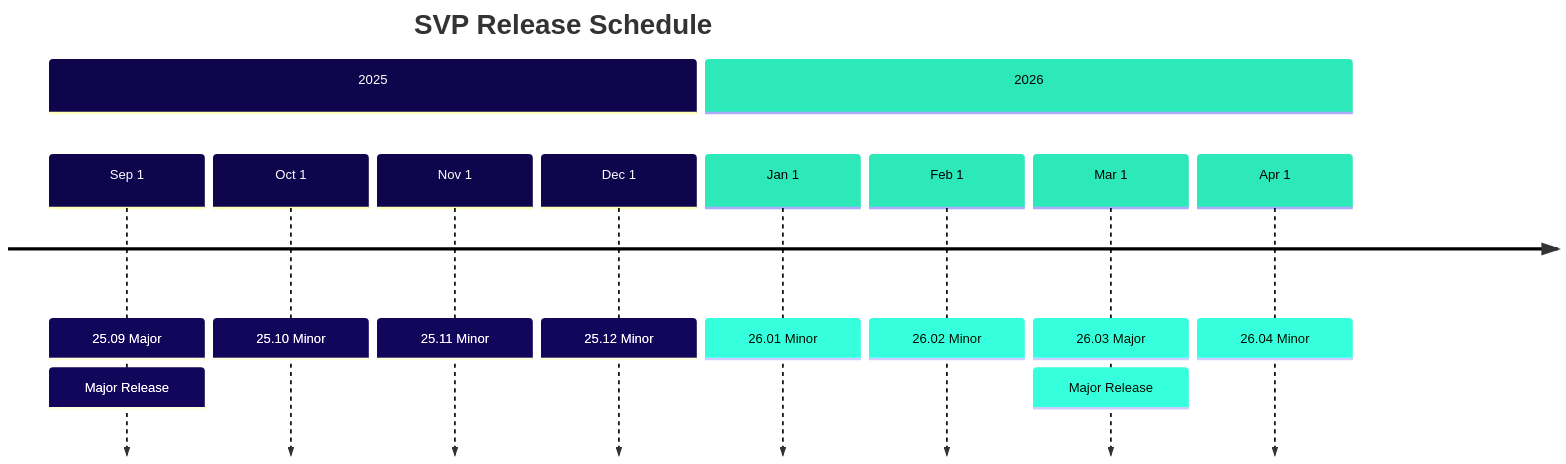
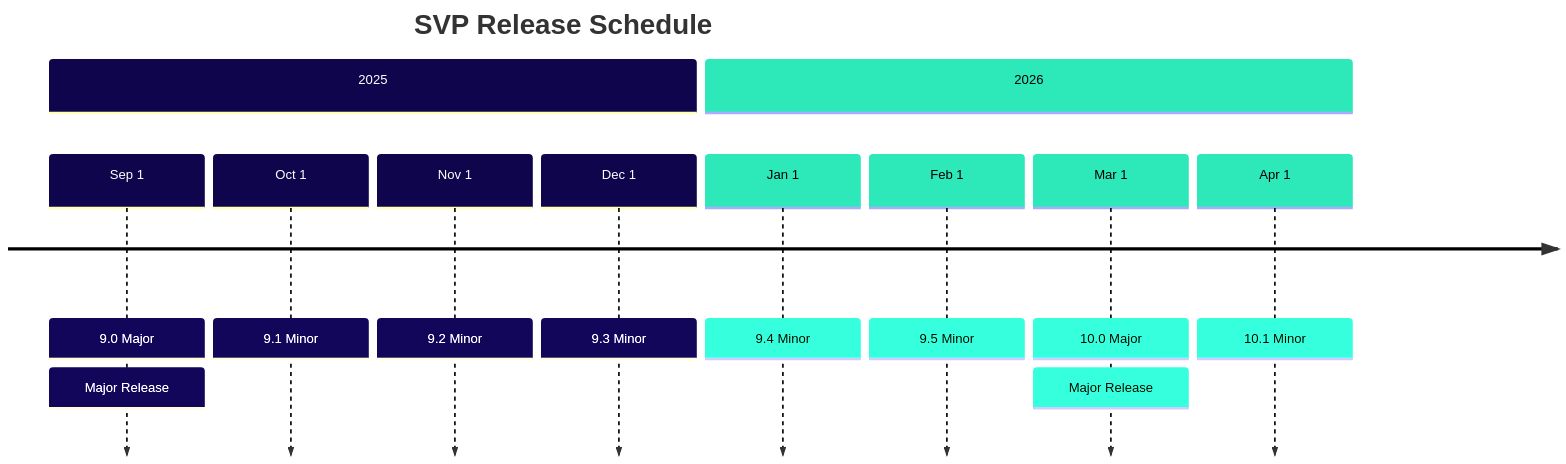
The first of 4 diagrams in docs/docusaurus/docs/reference/product_lifecycle_and_release_cadence.md (sequentech/step), drawn with Mermaid before and after one commit. The commit also changed other lines of this file, not shown here.

First line of the commit message:
Delay change to YYYY.MM release version format to 2026.03

````diff
--- a/docs/docusaurus/docs/reference/product_lifecycle_and_release_cadence.md
+++ b/docs/docusaurus/docs/reference/product_lifecycle_and_release_cadence.md
@@ -121,26 +120,26 @@
 ```mermaid
 ---
 config:
     theme: 'default'
     themeVariables:
         cScale0: '#0f054c'
         cScale1: '#2de8b9'
     themeCSS: " \n
         .timeline-node tspan { font-size: 24px; }
     "
 ---
 timeline
     title SVP Release Schedule
     
     section 2025
-        Sep 1 : 25.09 Major : Major Release
-        Oct 1 : 25.10 Minor
-        Nov 1 : 25.11 Minor
-        Dec 1 : 25.12 Minor
+        Sep 1 : 9.0 Major : Major Release
+        Oct 1 : 9.1 Minor
+        Nov 1 : 9.2 Minor
+        Dec 1 : 9.3 Minor
     
     section 2026
-        Jan 1 : 26.01 Minor
-        Feb 1 : 26.02 Minor
-        Mar 1 : 26.03 Major : Major Release
-        Apr 1 : 26.04 Minor
+        Jan 1 : 9.4 Minor
+        Feb 1 : 9.5 Minor
+        Mar 1 : 10.0 Major : Major Release
+        Apr 1 : 10.1 Minor
 ```
````
